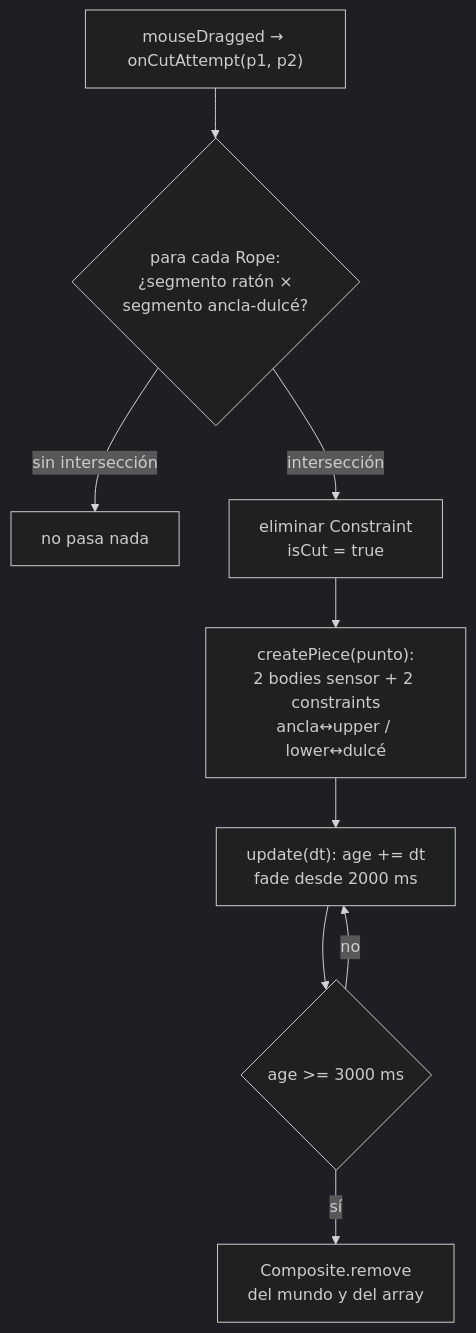
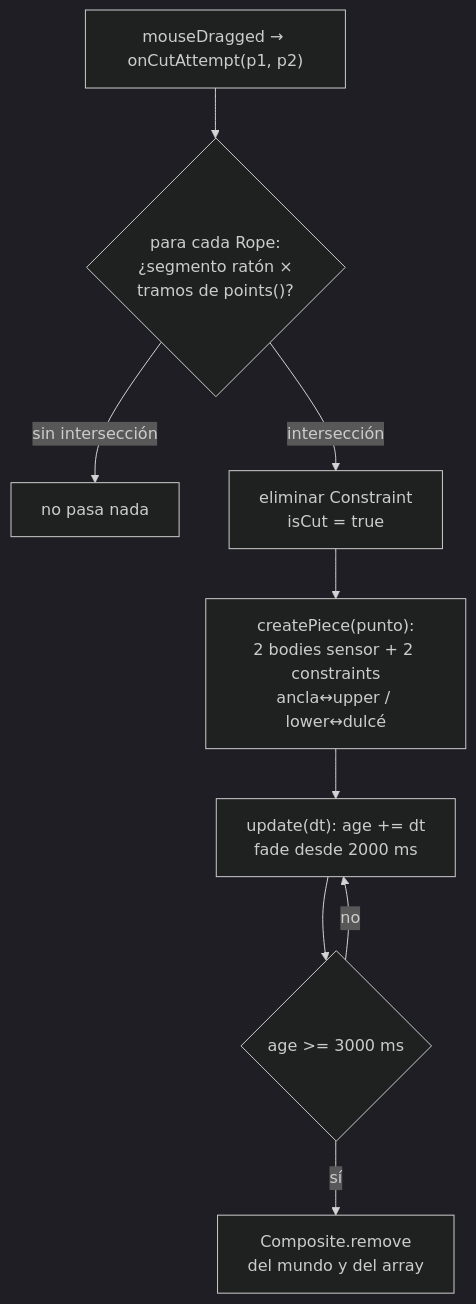
One commit to ShryhakAkizuki/Cut_The_Rope-Visual_Computing_2026-II changed the fourth of 5 diagrams in docs/arquitectura-mvp.md. Above: the diagram before and after it, drawn with Mermaid (dark theme). The commit also changed other lines of this file and 3 other files, not shown here.

````diff
--- a/docs/arquitectura-mvp.md
+++ b/docs/arquitectura-mvp.md
@@ -321,11 +324,11 @@
 ```mermaid
 flowchart TD
-    A["mouseDragged → onCutAttempt(p1, p2)"] --> B{"para cada Rope:<br/>¿segmento ratón ×<br/>segmento ancla-dulcé?"}
+    A["mouseDragged → onCutAttempt(p1, p2)"] --> B{"para cada Rope:<br/>¿segmento ratón ×<br/>tramos de points()?"}
     B -->|sin intersección| C["no pasa nada"]
     B -->|intersección| D["eliminar Constraint<br/>isCut = true"]
     D --> E["createPiece(punto):<br/>2 bodies sensor + 2 constraints<br/>ancla↔upper / lower↔dulcé"]
     E --> F["update(dt): age += dt<br/>fade desde 2000 ms"]
     F --> G{"age >= 3000 ms"}
     G -->|sí| H["Composite.remove<br/>del mundo y del array"]
     G -->|no| F
 ```
````
